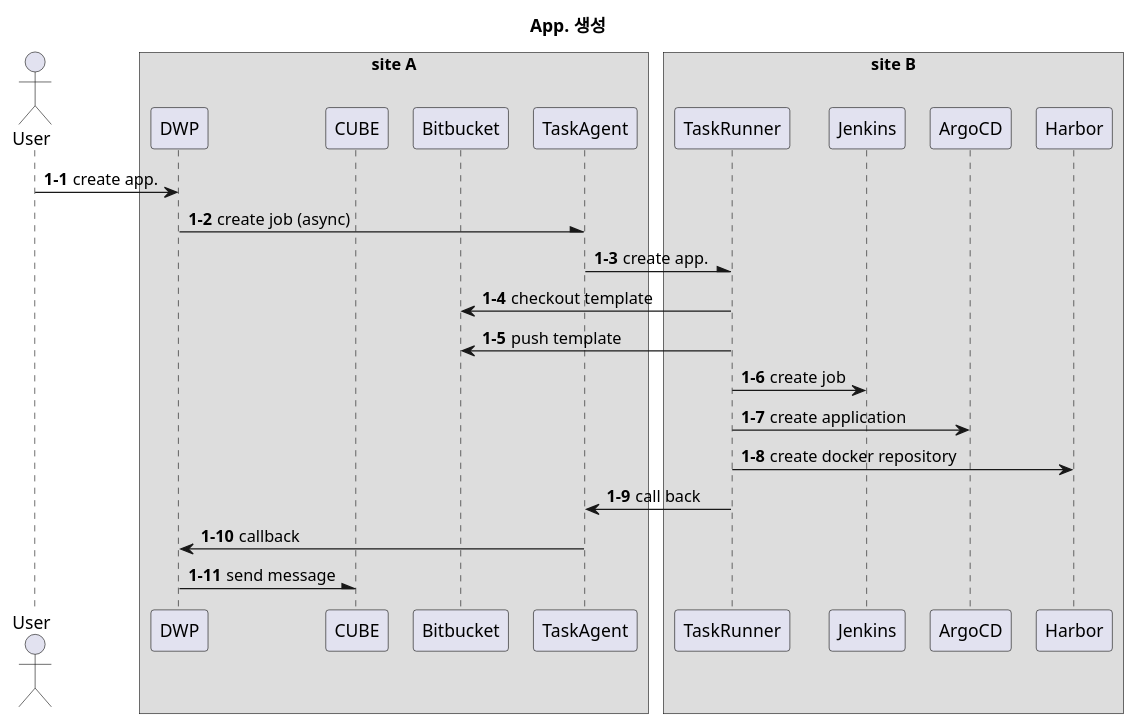
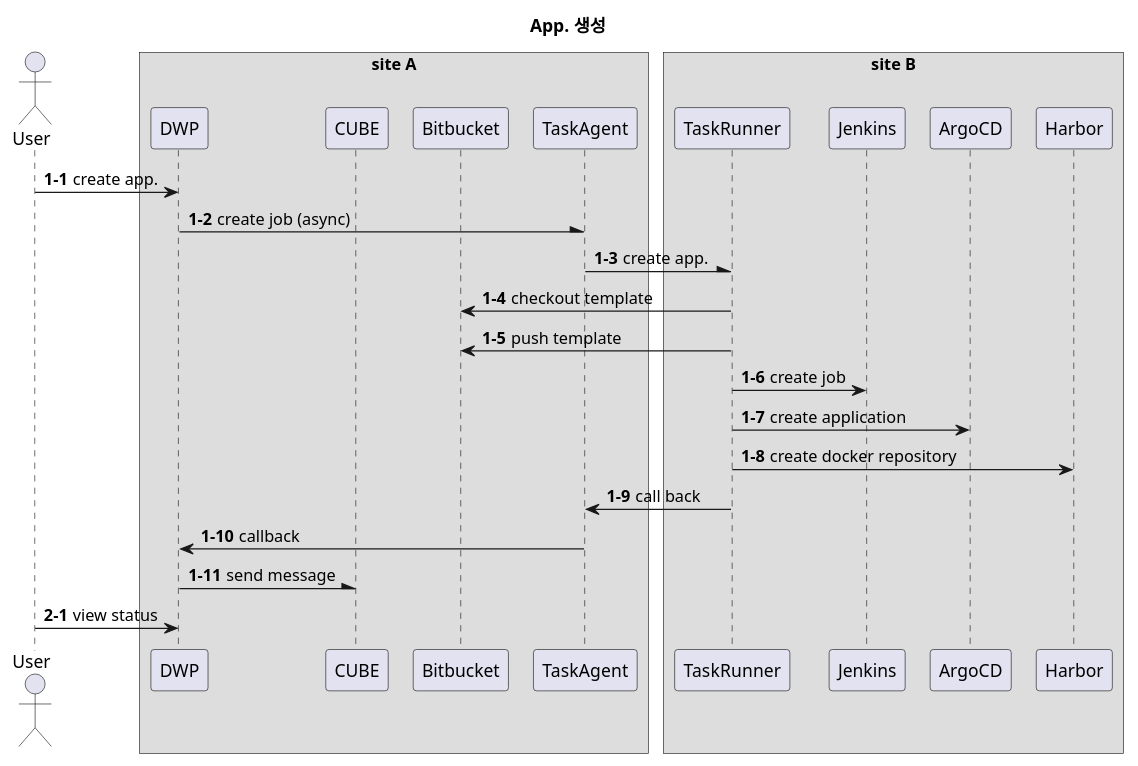
Before and after one commit to kloudbank/htdp1.github.io: the fifth of 7 diagrams in docs/src/multi-cloud/diagram.md, drawn with PlantUML. The commit also changed other lines of this file, not shown here.

```diff
--- a/docs/src/multi-cloud/diagram.md
+++ b/docs/src/multi-cloud/diagram.md
@@ -122,35 +126,38 @@
 @startuml
 
 scale 1
 skinparam ParticipantPadding 5
 skinparam BoxPadding 5
 title "App. 생성"
 
 actor User
 box "site A"
 participant DWP
 participant CUBE
 participant Bitbucket
 participant TaskAgent
 end box
 box "site B"
 participant TaskRunner
 participant Jenkins
 participant ArgoCD
 participant Harbor
 end box
 
 autonumber 1-1
 User -> DWP : create app.
 DWP -\ TaskAgent : create job (async)
 TaskAgent -\ TaskRunner : create app.
 TaskRunner -> Bitbucket : checkout template
 TaskRunner -> Bitbucket : push template
 TaskRunner -> Jenkins : create job
 TaskRunner -> ArgoCD : create application
 TaskRunner -> Harbor : create docker repository
 TaskRunner -> TaskAgent : call back
 TaskAgent -> DWP : callback
 DWP -\ CUBE : send message
 
+autonumber 2-1
+User -> DWP : view status
+
 @enduml
```
